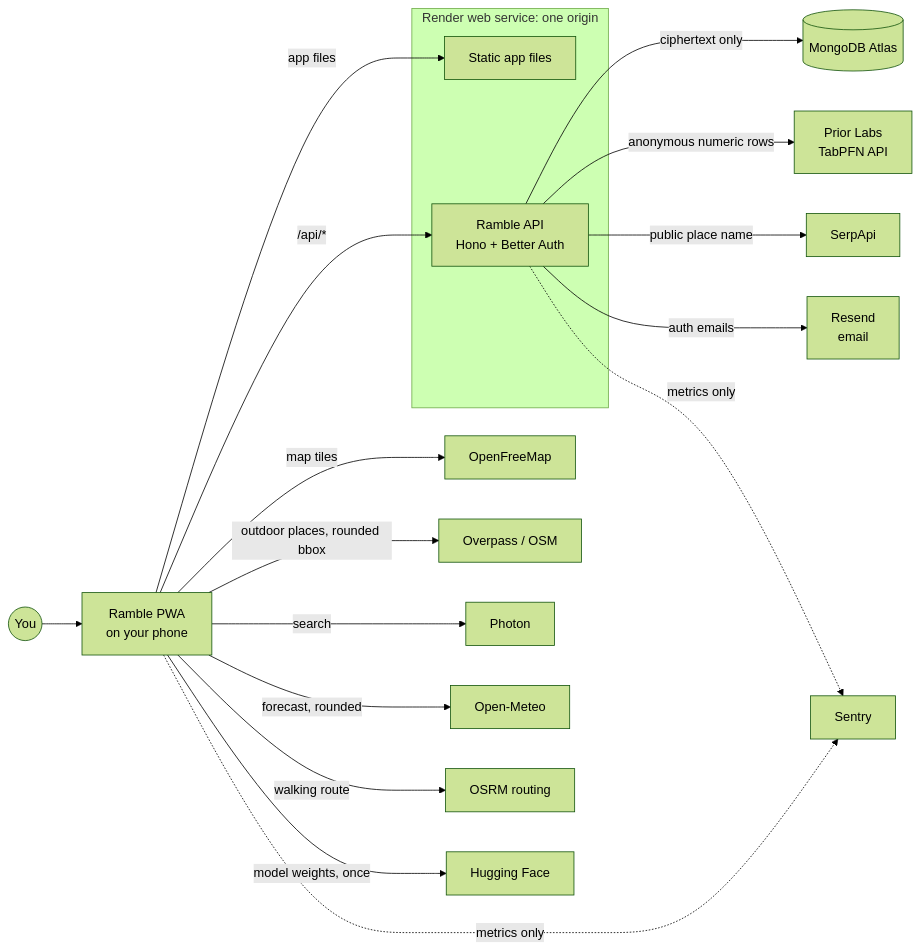
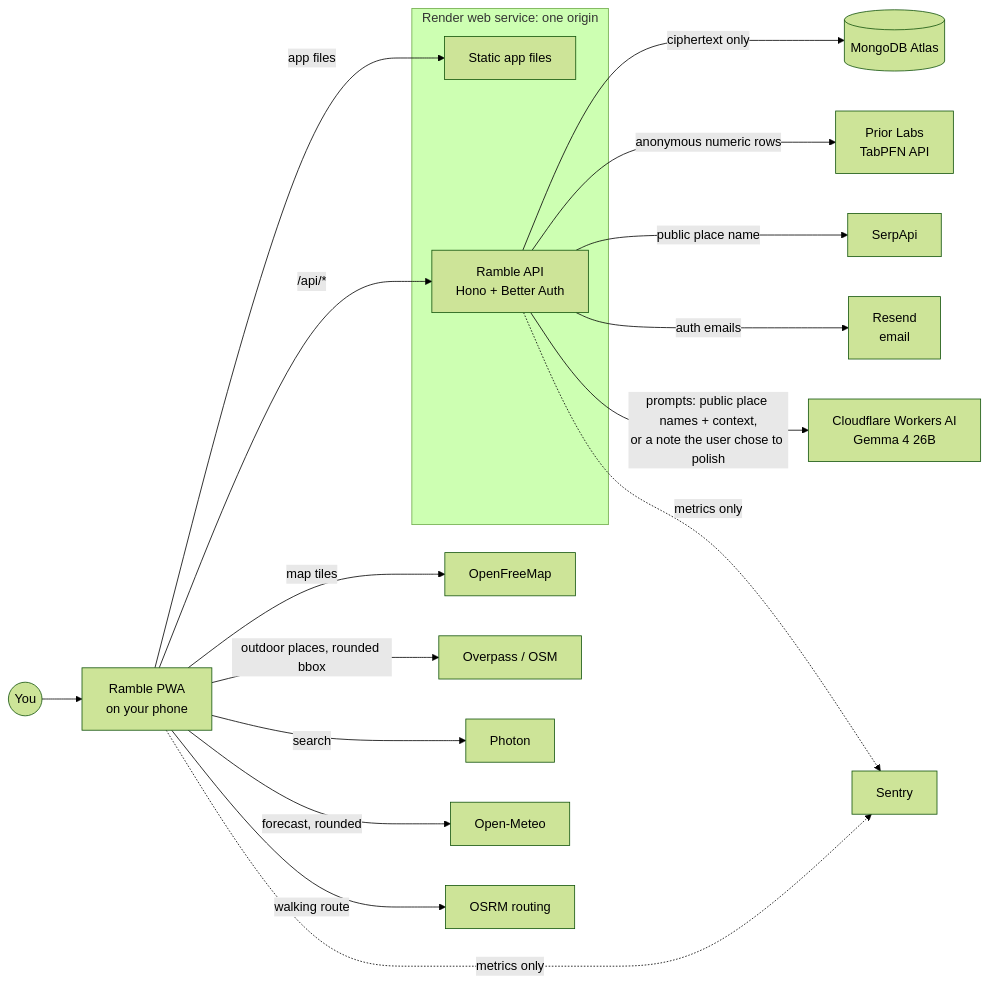
Before and after one commit to harshitaphadtare/Ramble: the first of 9 diagrams in docs/ARCHITECTURE.md, drawn with Mermaid (forest theme). The commit also changed other lines of this file and 21 other files, not shown here.

First line of the commit message:
Move Gemma to Cloudflare Workers AI; no downloads for users

````diff
--- a/docs/ARCHITECTURE.md
+++ b/docs/ARCHITECTURE.md
@@ -59,25 +61,25 @@
 ```mermaid
 flowchart LR
     U((You)) --> PWA[Ramble PWA<br/>on your phone]
 
     subgraph Render[Render web service: one origin]
         WEB[Static app files]
         API[Ramble API<br/>Hono + Better Auth]
     end
 
     PWA -- app files --> WEB
     PWA -- /api/* --> API
     API -- ciphertext only --> MDB[(MongoDB Atlas)]
     API -- anonymous numeric rows --> TAB[Prior Labs<br/>TabPFN API]
     API -- public place name --> SERP[SerpApi]
     API -- auth emails --> MAIL[Resend<br/>email]
+    API -- prompts: public place names + context,<br/>or a note the user chose to polish --> CF[Cloudflare Workers AI<br/>Gemma 4 26B]
 
     PWA -- map tiles --> OFM[OpenFreeMap]
     PWA -- outdoor places, rounded bbox --> OVP[Overpass / OSM]
     PWA -- search --> PH[Photon]
     PWA -- forecast, rounded --> OM[Open-Meteo]
     PWA -- walking route --> RT[OSRM routing]
-    PWA -- model weights, once --> HF[Hugging Face]
     PWA -. metrics only .-> SE[Sentry]
     API -. metrics only .-> SE
 ```
````
